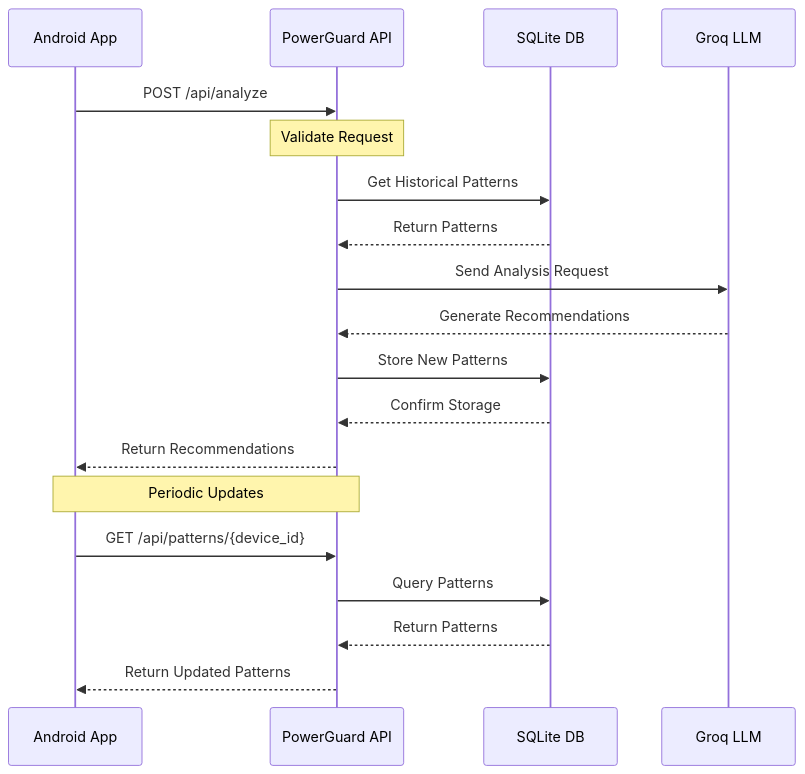
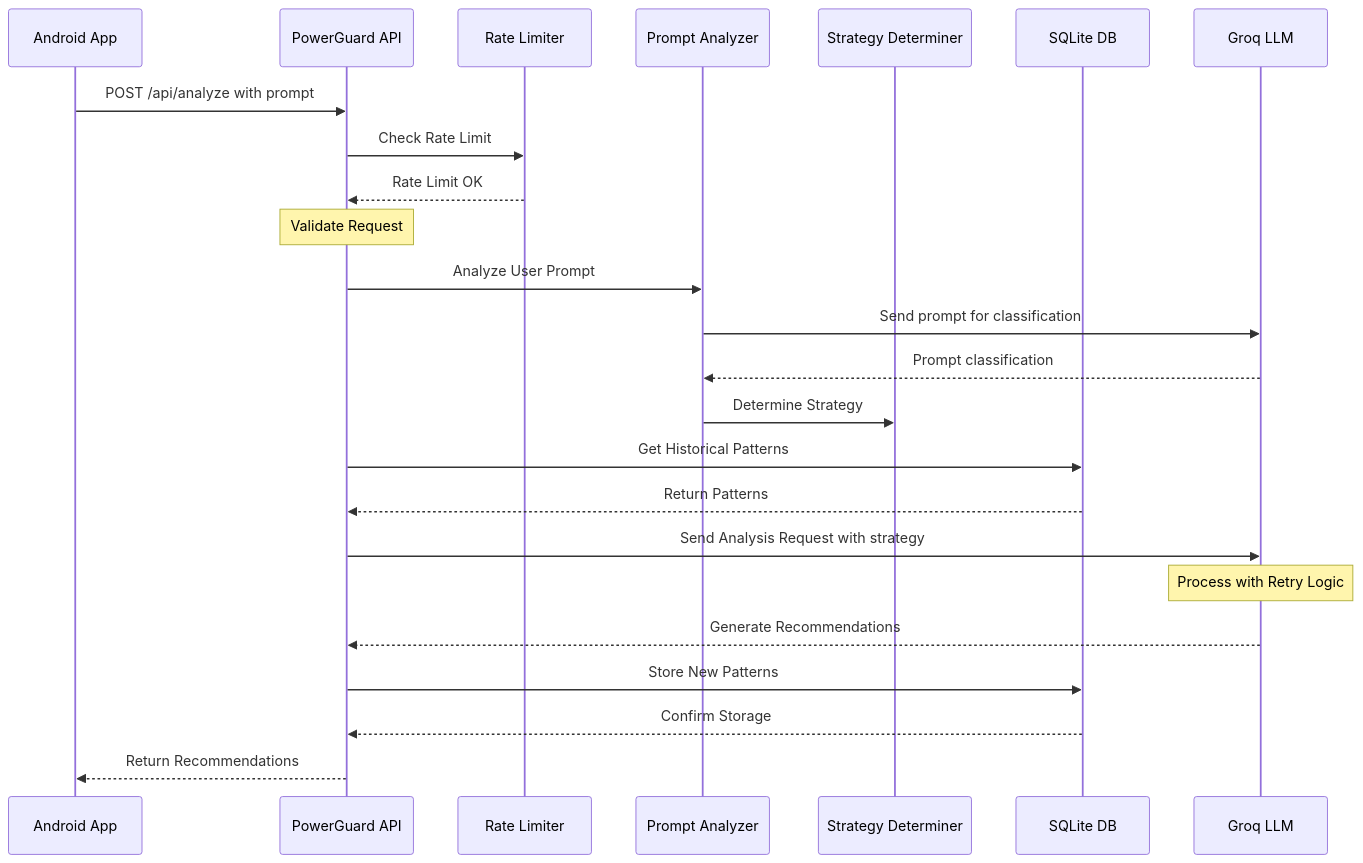
Before and after one commit to hiteshchopra11/PowerGuardBackend: the third of 3 diagrams in README.md, drawn with Mermaid. The commit also changed other lines of this file and 2 other files, not shown here.

First line of the commit message:
Enhance architecture and documentation for smart prompt analysis and optimization strategies

````diff
--- a/README.md
+++ b/README.md
@@ -86,23 +103,27 @@
 ```mermaid
 sequenceDiagram
     participant App as Android App
     participant API as PowerGuard API
+    participant RL as Rate Limiter
+    participant PA as Prompt Analyzer
+    participant SD as Strategy Determiner
     participant DB as SQLite DB
     participant LLM as Groq LLM
     
-    App->>API: POST /api/analyze
+    App->>API: POST /api/analyze with prompt
+    API->>RL: Check Rate Limit
+    RL-->>API: Rate Limit OK
     Note over API: Validate Request
+    API->>PA: Analyze User Prompt
+    PA->>LLM: Send prompt for classification
+    LLM-->>PA: Prompt classification
+    PA->>SD: Determine Strategy
     API->>DB: Get Historical Patterns
     DB-->>API: Return Patterns
-    API->>LLM: Send Analysis Request
+    API->>LLM: Send Analysis Request with strategy
+    Note over LLM: Process with Retry Logic
     LLM-->>API: Generate Recommendations
     API->>DB: Store New Patterns
     DB-->>API: Confirm Storage
     API-->>App: Return Recommendations
-    
-    Note over App,API: Periodic Updates
-    App->>API: GET /api/patterns/{device_id}
-    API->>DB: Query Patterns
-    DB-->>API: Return Patterns
-    API-->>App: Return Updated Patterns
 ```
````
